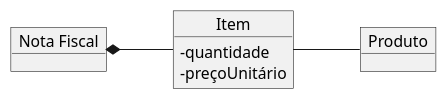
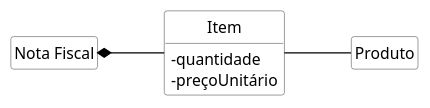
The diagram in imagens/modelos-05/mod05ima11/mod05ima11.plantuml (kyriosdata/oo), drawn with PlantUML before and after one commit. The commit also changed 11 other files, not shown here.

```diff
--- a/imagens/modelos-05/mod05ima11/mod05ima11.plantuml
+++ b/imagens/modelos-05/mod05ima11/mod05ima11.plantuml
@@ -1,11 +1,20 @@
 @startuml mod05ima11
+hide circle
+hide methods
+hide empty members
+
+skinparam class {
+    BackgroundColor White
+    ArrowColor Black
+    BorderColor #505050
+}
 skinparam ClassAttributeIconSize 0
-object "Nota Fiscal" as no
-object "Item" as it
+class "Nota Fiscal" as no
+class "Item" as it
 it : - quantidade
 it : - preçoUnitário
-object "Produto" as pr
+class "Produto" as pr
 left to right direction
 no *-- it
 it -- pr 
 @enduml
```
